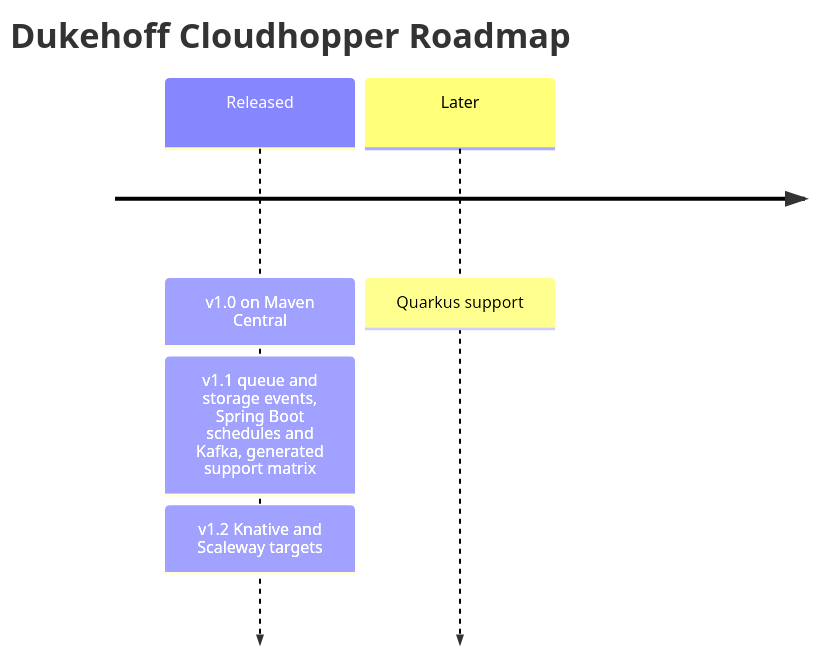
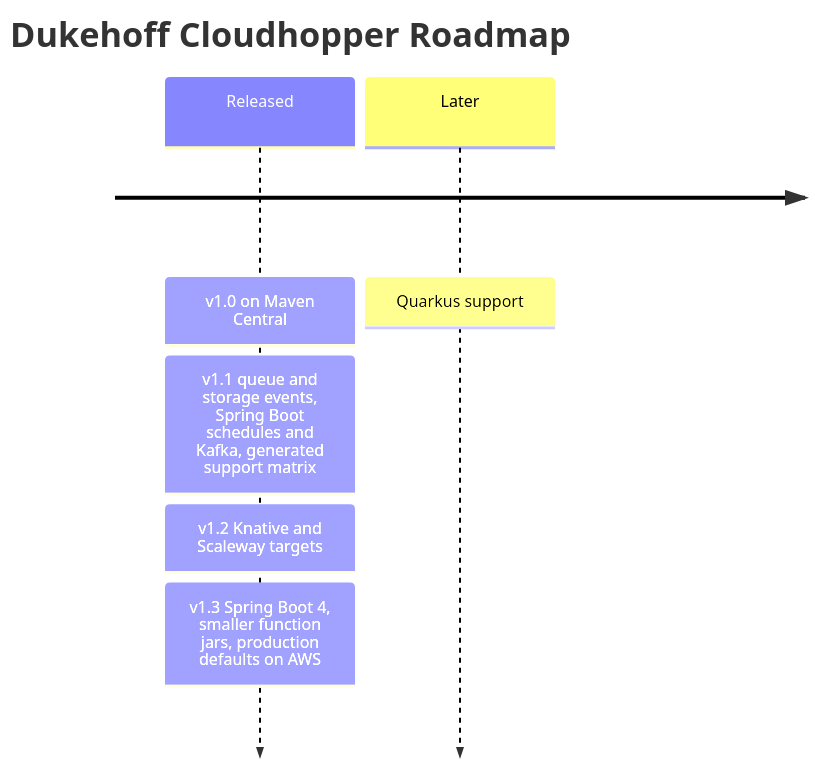
The diagram in docs/docs/roadmap.mdx (dukehoff-gmbh/dukehoff-cloudhopper), drawn with Mermaid before and after one commit. The commit also changed other lines of this file and 3 other files, not shown here.

````diff
--- a/docs/docs/roadmap.mdx
+++ b/docs/docs/roadmap.mdx
@@ -11,8 +11,9 @@
 ```mermaid
 timeline
   title Dukehoff Cloudhopper Roadmap
   Released : v1.0 on Maven Central
            : v1.1 queue and storage events, Spring Boot schedules and Kafka, generated support matrix
            : v1.2 Knative and Scaleway targets
+           : v1.3 Spring Boot 4, smaller function jars, production defaults on AWS
   Later : Quarkus support
 ```
````
